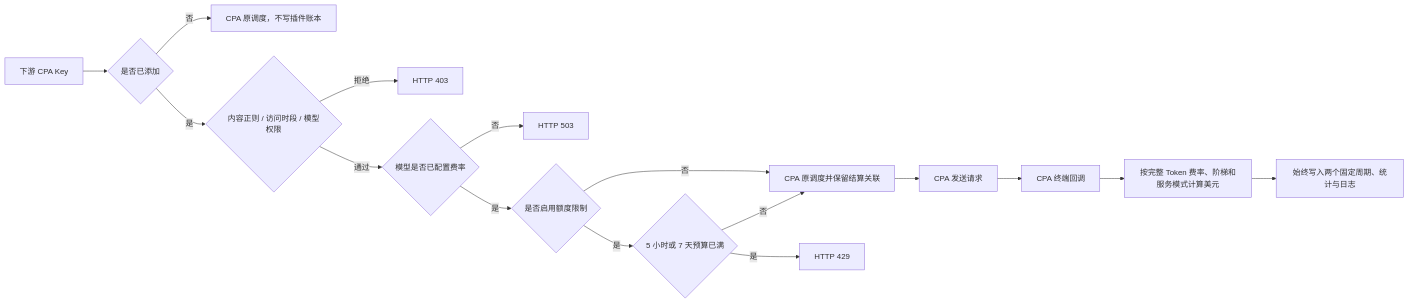
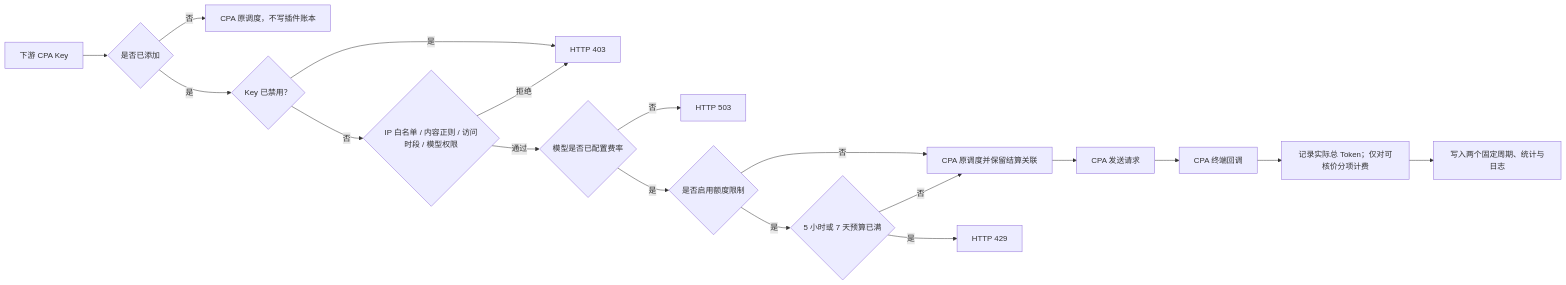
One commit to lucky98556/codex-carpool changed the diagram in README.md. Above: the diagram before and after it, drawn with Mermaid. The commit also changed other lines of this file and 9 other files, not shown here.

First line of the commit message:
更新用量管理截图与中英文使用文档

````diff
--- a/README.md
+++ b/README.md
@@ -41,18 +73,20 @@
 ```mermaid
 flowchart LR
     K["下游 CPA Key"] --> P{"是否已添加"}
     P -- 否 --> N["CPA 原调度，不写插件账本"]
-    P -- 是 --> F{"内容正则 / 访问时段 / 模型权限"}
+    P -- 是 --> D{"Key 已禁用？"}
+    D -- 是 --> E403["HTTP 403，写请求日志"]
+    D -- 否 --> F{"IP 白名单 / 内容正则 / 访问时段 / 模型权限"}
     F -- 拒绝 --> E403["HTTP 403"]
     F -- 通过 --> R{"模型是否已配置费率"}
     R -- 否 --> E503["HTTP 503"]
     R -- 是 --> M{"是否启用额度限制"}
     M -- 否 --> C["CPA 原调度并保留结算关联"]
     M -- 是 --> B{"5 小时或 7 天预算已满"}
     B -- 是 --> E429["HTTP 429"]
     B -- 否 --> C
     C --> U["CPA 发送请求"]
     U --> S["CPA 终端回调"]
-    S --> L["按完整 Token 费率、阶梯和服务模式计算美元"]
-    L --> W["始终写入两个固定周期、统计与日志"]
+    S --> L["记录实际总 Token；仅对可核价分项计费"]
+    L --> W["写入两个固定周期、统计与日志"]
 ```
````
